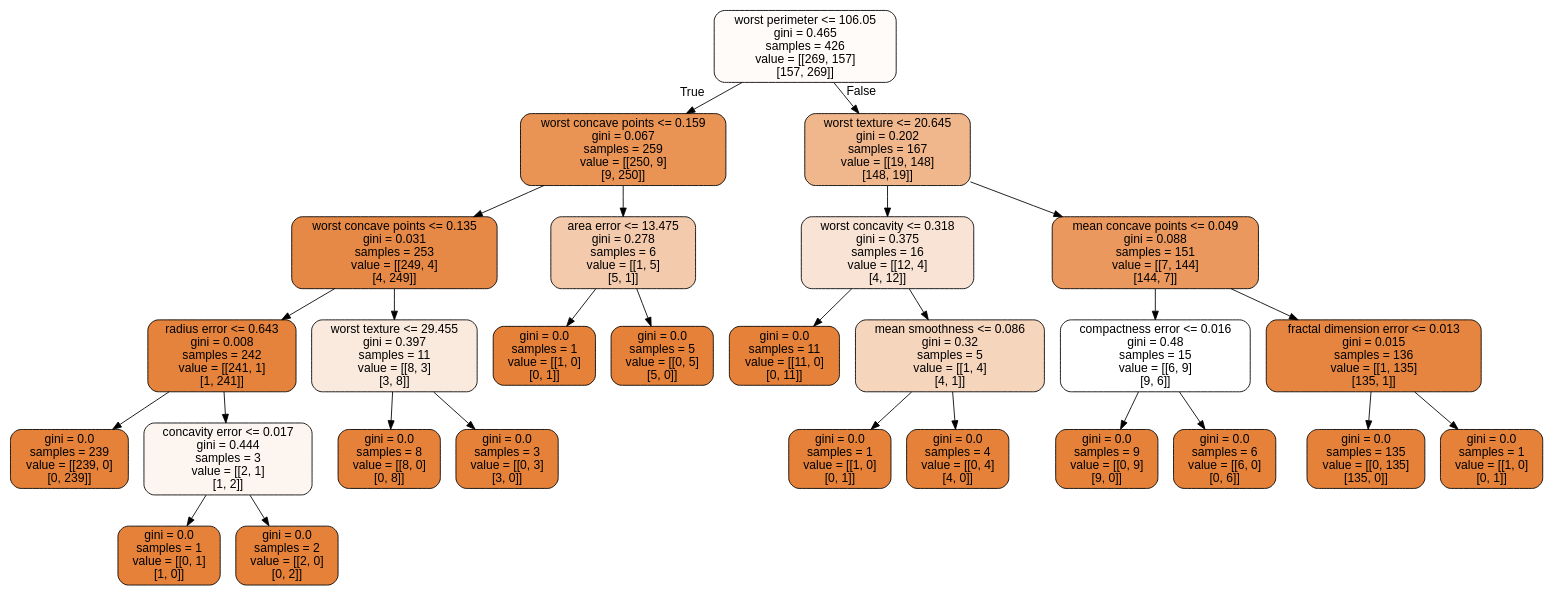
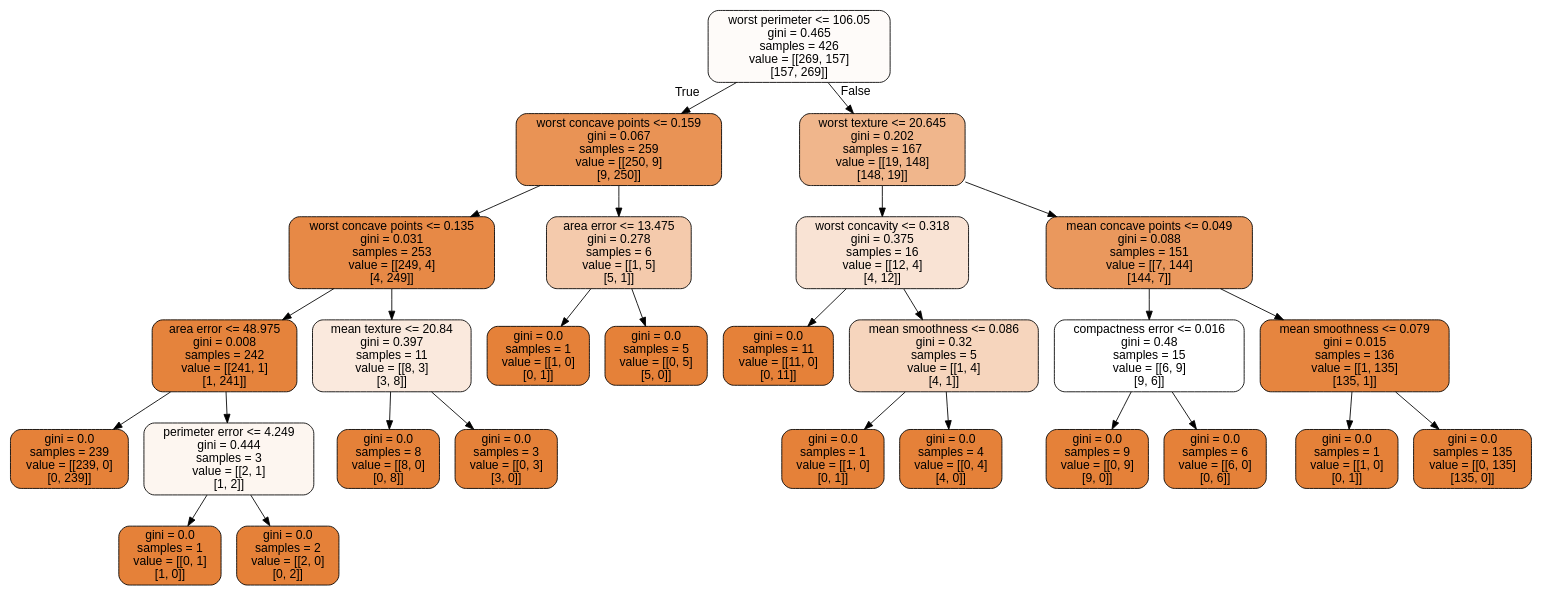
The diagram in doc/pub/week44/ipynb/Datafiles/cancer.dot (CompPhysics/MachineLearning), drawn with Graphviz before and after one commit. The commit also changed 72 other files, not shown here.

```diff
--- a/doc/pub/week44/ipynb/Datafiles/cancer.dot
+++ b/doc/pub/week44/ipynb/Datafiles/cancer.dot
@@ -1,57 +1,57 @@
 digraph Tree {
-node [shape=box, style="filled, rounded", color="black", fontname=helvetica] ;
-edge [fontname=helvetica] ;
+node [shape=box, style="filled, rounded", color="black", fontname="helvetica"] ;
+edge [fontname="helvetica"] ;
 0 [label="worst perimeter <= 106.05\ngini = 0.465\nsamples = 426\nvalue = [[269, 157]\n[157, 269]]", fillcolor="#fefbf9"] ;
 1 [label="worst concave points <= 0.159\ngini = 0.067\nsamples = 259\nvalue = [[250, 9]\n[9, 250]]", fillcolor="#e99355"] ;
 0 -> 1 [labeldistance=2.5, labelangle=45, headlabel="True"] ;
 2 [label="worst concave points <= 0.135\ngini = 0.031\nsamples = 253\nvalue = [[249, 4]\n[4, 249]]", fillcolor="#e78946"] ;
 1 -> 2 ;
-3 [label="radius error <= 0.643\ngini = 0.008\nsamples = 242\nvalue = [[241, 1]\n[1, 241]]", fillcolor="#e5833c"] ;
+3 [label="area error <= 48.975\ngini = 0.008\nsamples = 242\nvalue = [[241, 1]\n[1, 241]]", fillcolor="#e5833c"] ;
 2 -> 3 ;
 4 [label="gini = 0.0\nsamples = 239\nvalue = [[239, 0]\n[0, 239]]", fillcolor="#e58139"] ;
 3 -> 4 ;
-5 [label="concavity error <= 0.017\ngini = 0.444\nsamples = 3\nvalue = [[2, 1]\n[1, 2]]", fillcolor="#fdf6f0"] ;
+5 [label="perimeter error <= 4.249\ngini = 0.444\nsamples = 3\nvalue = [[2, 1]\n[1, 2]]", fillcolor="#fdf6f0"] ;
 3 -> 5 ;
 6 [label="gini = 0.0\nsamples = 1\nvalue = [[0, 1]\n[1, 0]]", fillcolor="#e58139"] ;
 5 -> 6 ;
 7 [label="gini = 0.0\nsamples = 2\nvalue = [[2, 0]\n[0, 2]]", fillcolor="#e58139"] ;
 5 -> 7 ;
-8 [label="worst texture <= 29.455\ngini = 0.397\nsamples = 11\nvalue = [[8, 3]\n[3, 8]]", fillcolor="#fae9dd"] ;
+8 [label="mean texture <= 20.84\ngini = 0.397\nsamples = 11\nvalue = [[8, 3]\n[3, 8]]", fillcolor="#fae9dd"] ;
 2 -> 8 ;
 9 [label="gini = 0.0\nsamples = 8\nvalue = [[8, 0]\n[0, 8]]", fillcolor="#e58139"] ;
 8 -> 9 ;
 10 [label="gini = 0.0\nsamples = 3\nvalue = [[0, 3]\n[3, 0]]", fillcolor="#e58139"] ;
 8 -> 10 ;
 11 [label="area error <= 13.475\ngini = 0.278\nsamples = 6\nvalue = [[1, 5]\n[5, 1]]", fillcolor="#f4caac"] ;
 1 -> 11 ;
 12 [label="gini = 0.0\nsamples = 1\nvalue = [[1, 0]\n[0, 1]]", fillcolor="#e58139"] ;
 11 -> 12 ;
 13 [label="gini = 0.0\nsamples = 5\nvalue = [[0, 5]\n[5, 0]]", fillcolor="#e58139"] ;
 11 -> 13 ;
 14 [label="worst texture <= 20.645\ngini = 0.202\nsamples = 167\nvalue = [[19, 148]\n[148, 19]]", fillcolor="#f0b68c"] ;
 0 -> 14 [labeldistance=2.5, labelangle=-45, headlabel="False"] ;
 15 [label="worst concavity <= 0.318\ngini = 0.375\nsamples = 16\nvalue = [[12, 4]\n[4, 12]]", fillcolor="#f9e3d4"] ;
 14 -> 15 ;
 16 [label="gini = 0.0\nsamples = 11\nvalue = [[11, 0]\n[0, 11]]", fillcolor="#e58139"] ;
 15 -> 16 ;
 17 [label="mean smoothness <= 0.086\ngini = 0.32\nsamples = 5\nvalue = [[1, 4]\n[4, 1]]", fillcolor="#f6d5bd"] ;
 15 -> 17 ;
 18 [label="gini = 0.0\nsamples = 1\nvalue = [[1, 0]\n[0, 1]]", fillcolor="#e58139"] ;
 17 -> 18 ;
 19 [label="gini = 0.0\nsamples = 4\nvalue = [[0, 4]\n[4, 0]]", fillcolor="#e58139"] ;
 17 -> 19 ;
 20 [label="mean concave points <= 0.049\ngini = 0.088\nsamples = 151\nvalue = [[7, 144]\n[144, 7]]", fillcolor="#ea985d"] ;
 14 -> 20 ;
 21 [label="compactness error <= 0.016\ngini = 0.48\nsamples = 15\nvalue = [[6, 9]\n[9, 6]]", fillcolor="#ffffff"] ;
 20 -> 21 ;
 22 [label="gini = 0.0\nsamples = 9\nvalue = [[0, 9]\n[9, 0]]", fillcolor="#e58139"] ;
 21 -> 22 ;
 23 [label="gini = 0.0\nsamples = 6\nvalue = [[6, 0]\n[0, 6]]", fillcolor="#e58139"] ;
 21 -> 23 ;
-24 [label="fractal dimension error <= 0.013\ngini = 0.015\nsamples = 136\nvalue = [[1, 135]\n[135, 1]]", fillcolor="#e6853f"] ;
+24 [label="mean smoothness <= 0.079\ngini = 0.015\nsamples = 136\nvalue = [[1, 135]\n[135, 1]]", fillcolor="#e6853f"] ;
 20 -> 24 ;
-25 [label="gini = 0.0\nsamples = 135\nvalue = [[0, 135]\n[135, 0]]", fillcolor="#e58139"] ;
+25 [label="gini = 0.0\nsamples = 1\nvalue = [[1, 0]\n[0, 1]]", fillcolor="#e58139"] ;
 24 -> 25 ;
-26 [label="gini = 0.0\nsamples = 1\nvalue = [[1, 0]\n[0, 1]]", fillcolor="#e58139"] ;
+26 [label="gini = 0.0\nsamples = 135\nvalue = [[0, 135]\n[135, 0]]", fillcolor="#e58139"] ;
 24 -> 26 ;
 }
```
